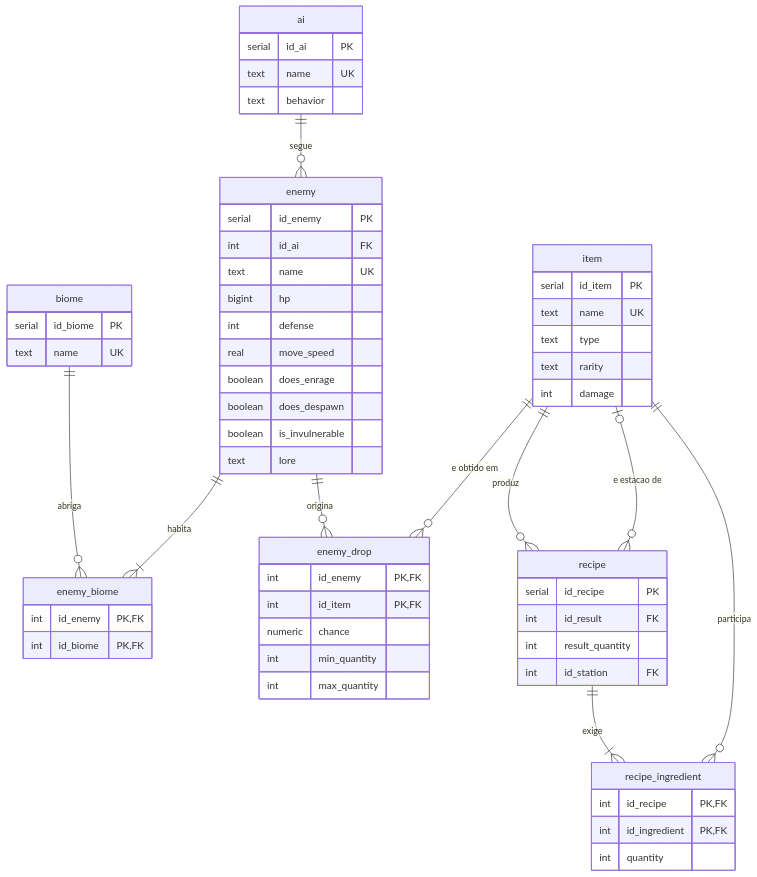
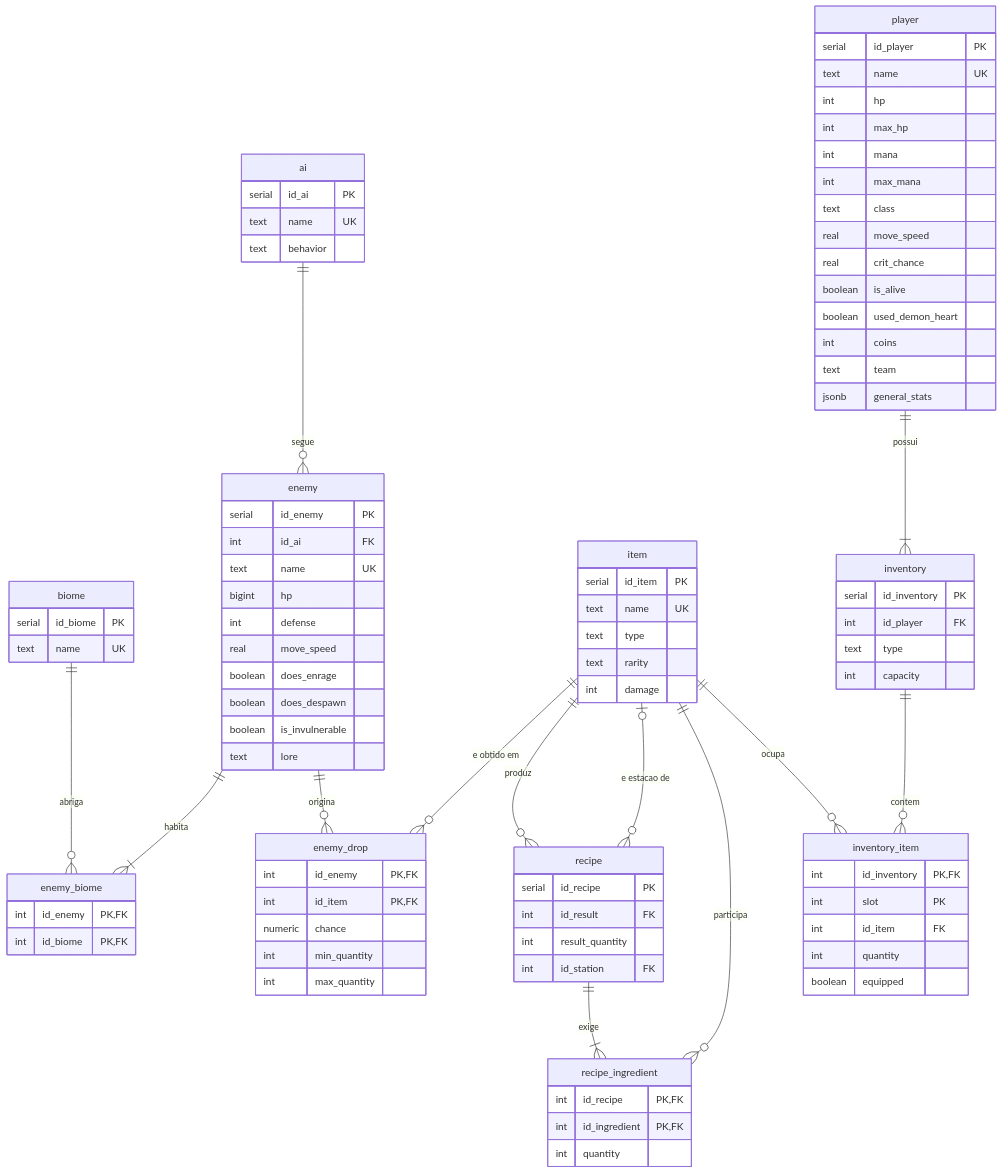
Before and after one commit to iruziky/terraria_bd: the diagram in docs/iteracao2/der.md, drawn with Mermaid.

Commit message:
adiciona jogadores e inventários ao der

````diff
--- a/docs/iteracao2/der.md
+++ b/docs/iteracao2/der.md
@@ -63,4 +63,36 @@
     item |o--o{ recipe : "e estacao de"
     recipe ||--|{ recipe_ingredient : "exige"
     item ||--o{ recipe_ingredient : "participa"
+    player {
+        serial id_player PK
+        text name UK
+        int hp
+        int max_hp
+        int mana
+        int max_mana
+        text class
+        real move_speed
+        real crit_chance
+        boolean is_alive
+        boolean used_demon_heart
+        int coins
+        text team
+        jsonb general_stats
+    }
+    inventory {
+        serial id_inventory PK
+        int id_player FK
+        text type
+        int capacity
+    }
+    inventory_item {
+        int id_inventory PK,FK
+        int slot PK
+        int id_item FK
+        int quantity
+        boolean equipped
+    }
+    player ||--|{ inventory : "possui"
+    inventory ||--o{ inventory_item : "contem"
+    item ||--o{ inventory_item : "ocupa"
 ```
````
